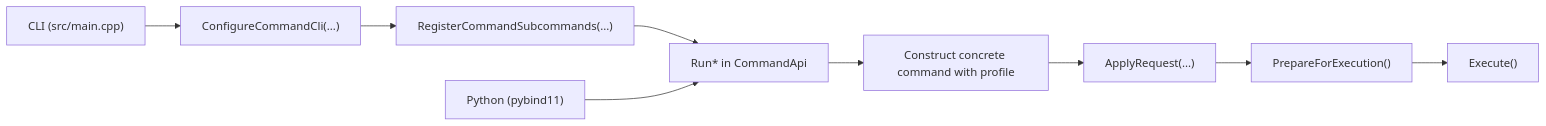
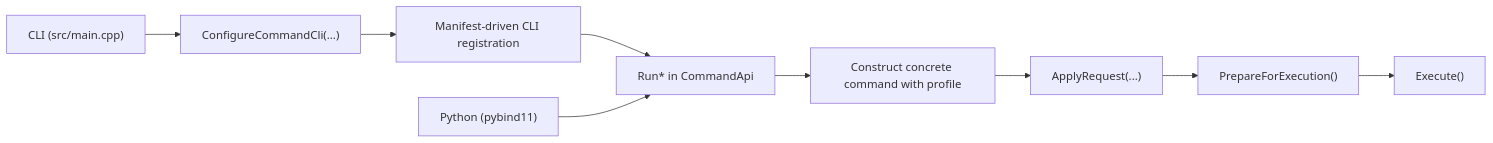
The diagram in docs/developer/architecture/command-architecture.md (yslianTim/rhbm_gem), drawn with Mermaid before and after one commit. The commit also changed other lines of this file and 27 other files, not shown here.

````diff
--- a/docs/developer/architecture/command-architecture.md
+++ b/docs/developer/architecture/command-architecture.md
@@ -48,13 +50,13 @@
 ```mermaid
 flowchart LR
     A["CLI (src/main.cpp)"] --> B["ConfigureCommandCli(...)"]
-    B --> C["RegisterCommandSubcommands(...)"]
+    B --> C["Manifest-driven CLI registration"]
     C --> D["Run* in CommandApi"]
 
     E["Python (pybind11)"] --> D
 
     D --> G["Construct concrete command with profile"]
     G --> H["ApplyRequest(...)"]
     H --> I["PrepareForExecution()"]
     I --> J["Execute()"]
 ```
````
